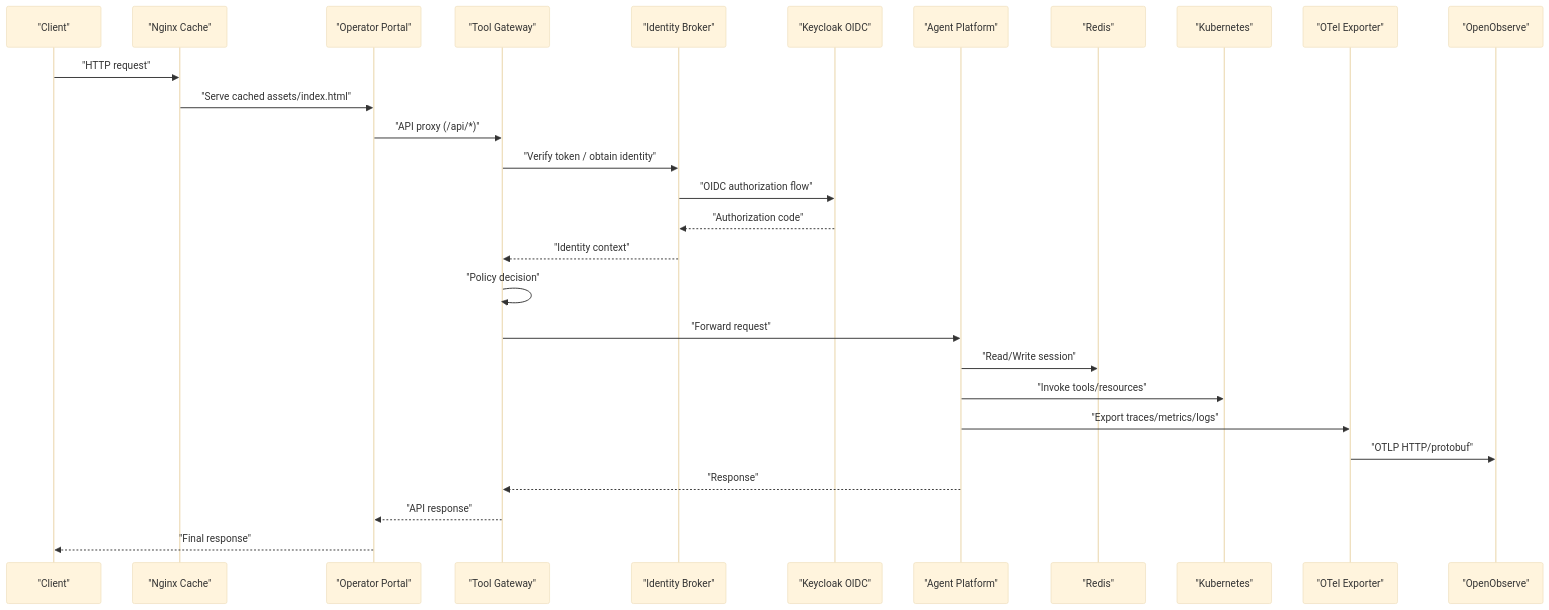
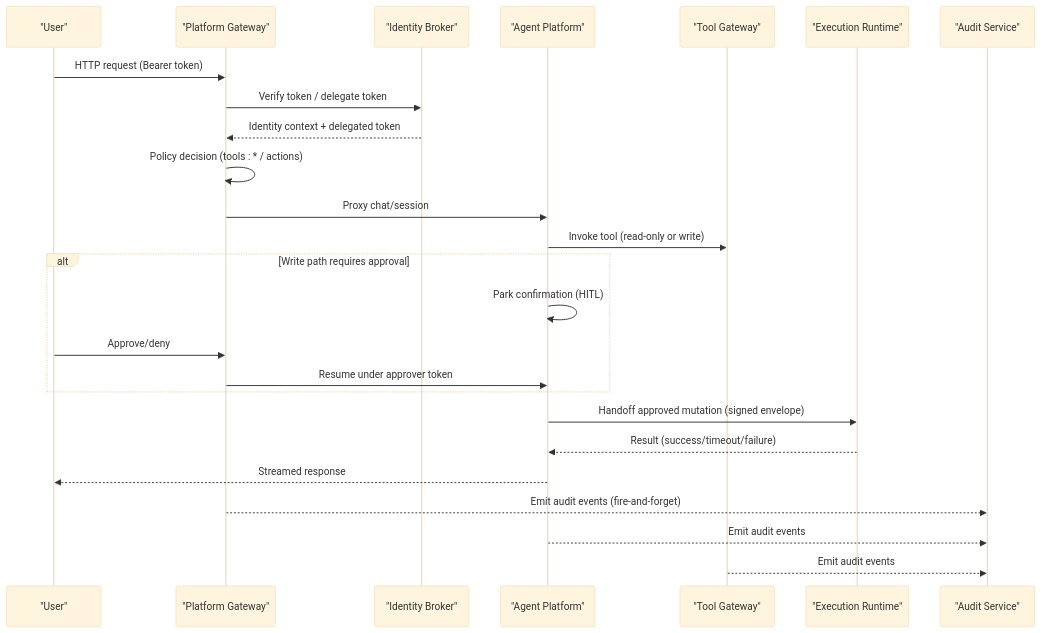
The second of 3 diagrams in .qoder/repowiki/en/content/Troubleshooting and FAQ.md (metasync/luban-aiops), drawn with Mermaid (base theme) before and after one commit. The commit also changed other lines of this file and 843 other files, not shown here.

````diff
--- a/.qoder/repowiki/en/content/Troubleshooting and FAQ.md
+++ b/.qoder/repowiki/en/content/Troubleshooting and FAQ.md
@@ -160,30 +103,27 @@
 ```mermaid
 sequenceDiagram
-participant Client as "Client"
-participant Nginx as "Nginx Cache"
-participant Portal as "Operator Portal"
-participant Gateway as "Tool Gateway"
-participant Auth as "Identity Broker"
-participant Keycloak as "Keycloak OIDC"
-participant Agent as "Agent Platform"
-participant Store as "Redis"
-participant K8S as "Kubernetes"
-participant Otel as "OTel Exporter"
-participant Observe as "OpenObserve"
-Client->>Nginx : "HTTP request"
-Nginx->>Portal : "Serve cached assets/index.html"
-Portal->>Gateway : "API proxy (/api/*)"
-Gateway->>Auth : "Verify token / obtain identity"
-Auth->>Keycloak : "OIDC authorization flow"
-Keycloak-->>Auth : "Authorization code"
-Auth-->>Gateway : "Identity context"
-Gateway->>Gateway : "Policy decision"
-Gateway->>Agent : "Forward request"
-Agent->>Store : "Read/Write session"
-Agent->>K8S : "Invoke tools/resources"
-Agent->>Otel : "Export traces/metrics/logs"
-Otel->>Observe : "OTLP HTTP/protobuf"
-Agent-->>Gateway : "Response"
-Gateway-->>Portal : "API response"
-Portal-->>Client : "Final response"
+participant U as "User"
+participant PGW as "Platform Gateway"
+participant IDB as "Identity Broker"
+participant AGP as "Agent Platform"
+participant TGW as "Tool Gateway"
+participant ERW as "Execution Runtime"
+participant AUD as "Audit Service"
+U->>PGW : HTTP request (Bearer token)
+PGW->>IDB : Verify token / delegate token
+IDB-->>PGW : Identity context + delegated token
+PGW->>PGW : Policy decision (tools : * / actions)
+PGW->>AGP : Proxy chat/session
+AGP->>TGW : Invoke tool (read-only or write)
+alt Write path requires approval
+AGP->>AGP : Park confirmation (HITL)
+U->>PGW : Approve/deny
+PGW->>AGP : Resume under approver token
+end
+AGP->>ERW : Handoff approved mutation (signed envelope)
+ERW-->>AGP : Result (success/timeout/failure)
+AGP-->>U : Streamed response
+PGW-->>AUD : Emit audit events (fire-and-forget)
+AGP-->>AUD : Emit audit events
+TGW-->>AUD : Emit audit events
 ```
````
